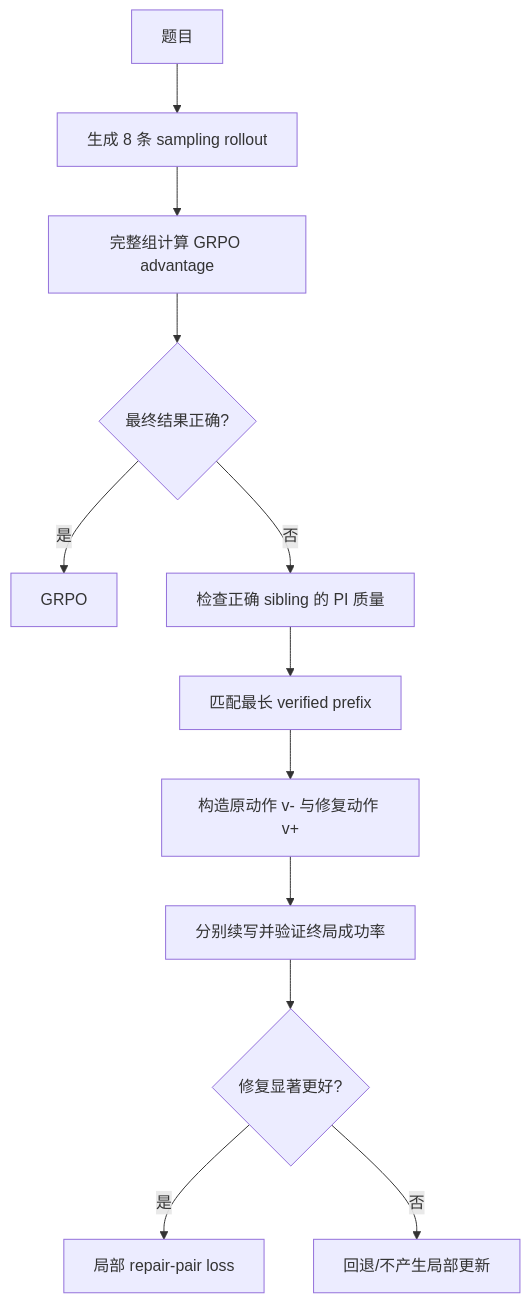
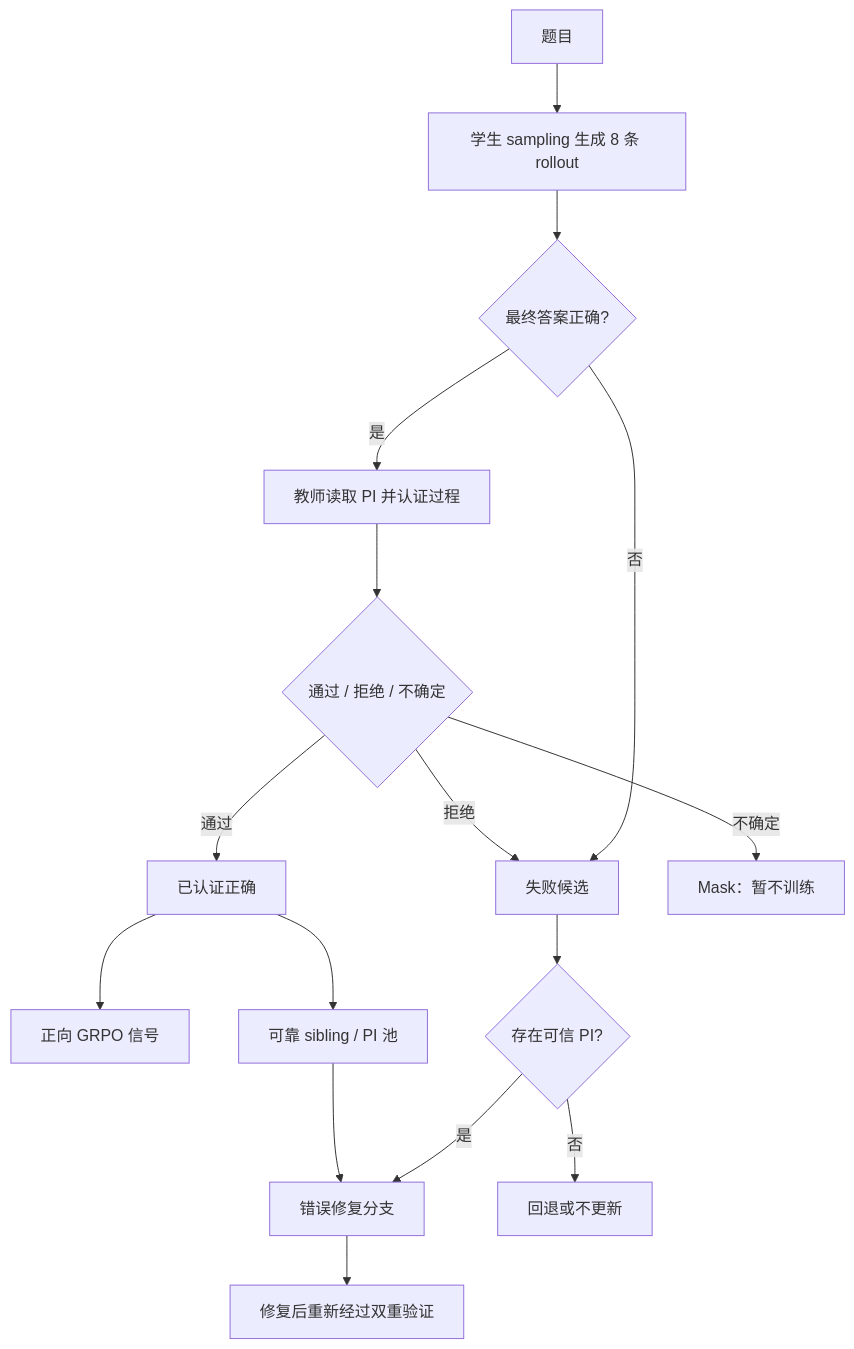
The diagram in README.md (Krisyang7/opsd), drawn with Mermaid before and after one commit. The commit also changed other lines of this file, not shown here.

````diff
--- a/README.md
+++ b/README.md
@@ -93,14 +41,23 @@
-```mermaid
+~~~mermaid
 flowchart TD
-    X[题目] --> R[生成 8 条 sampling rollout]
-    R --> A[完整组计算 GRPO advantage]
-    A --> C{最终结果正确?}
-    C -->|是| G[GRPO]
-    C -->|否| Q[检查正确 sibling 的 PI 质量]
-    Q --> M[匹配最长 verified prefix]
-    M --> P[构造原动作 v- 与修复动作 v+]
-    P --> V[分别续写并验证终局成功率]
-    V --> U{修复显著更好?}
-    U -->|是| L[局部 repair-pair loss]
-    U -->|否| F[回退/不产生局部更新]
-```
+    X[题目] --> R[学生 sampling 生成 8 条 rollout]
+    R --> A{最终答案正确?}
+
+    A -->|否| F[失败候选]
+    A -->|是| T[教师读取 PI 并认证过程]
+
+    T --> P{通过 / 拒绝 / 不确定}
+    P -->|通过| V[已认证正确]
+    P -->|拒绝| F
+    P -->|不确定| U[Mask：暂不训练]
+
+    V --> G[正向 GRPO 信号]
+    V --> S[可靠 sibling / PI 池]
+
+    F --> Q{存在可信 PI?}
+    Q -->|是| E[错误修复分支]
+    Q -->|否| N[回退或不更新]
+
+    S --> E
+    E --> H[修复后重新经过双重验证]
+~~~
````
